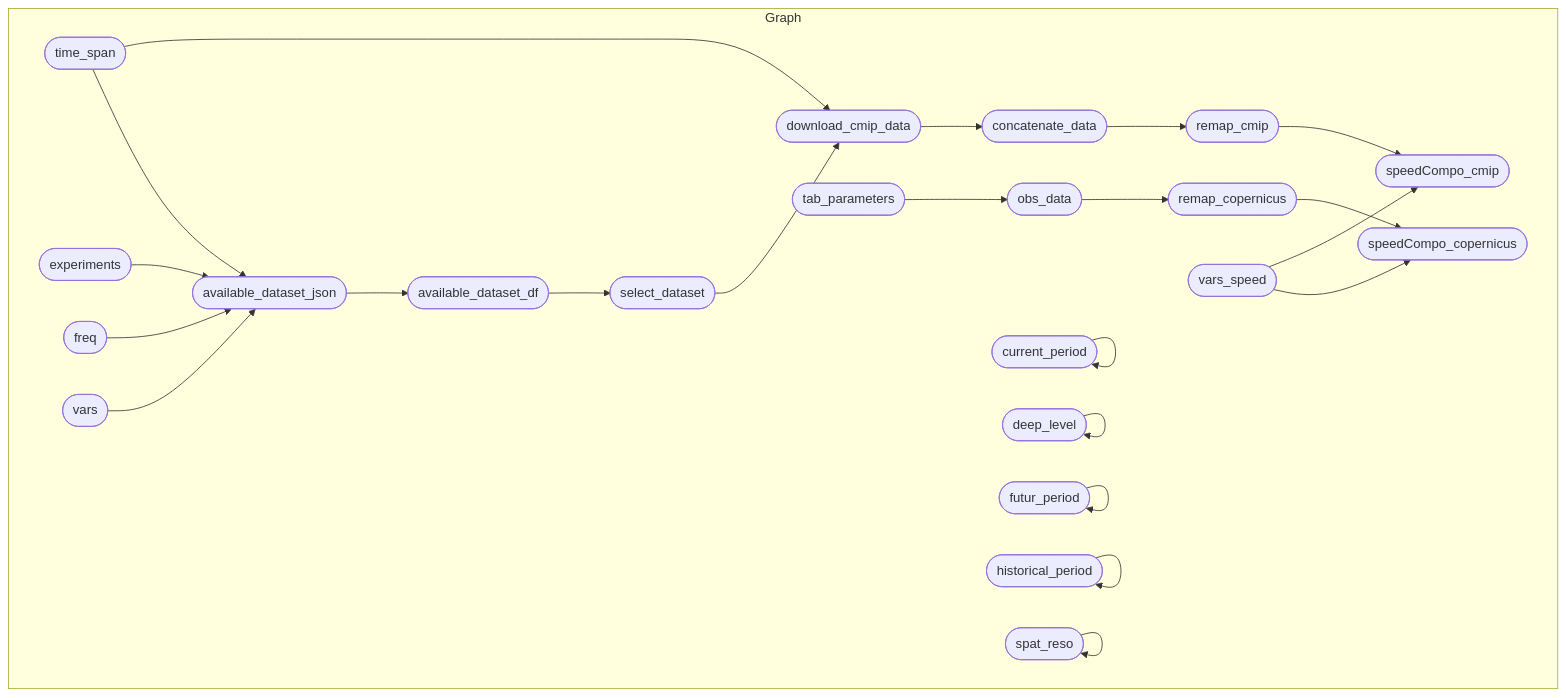
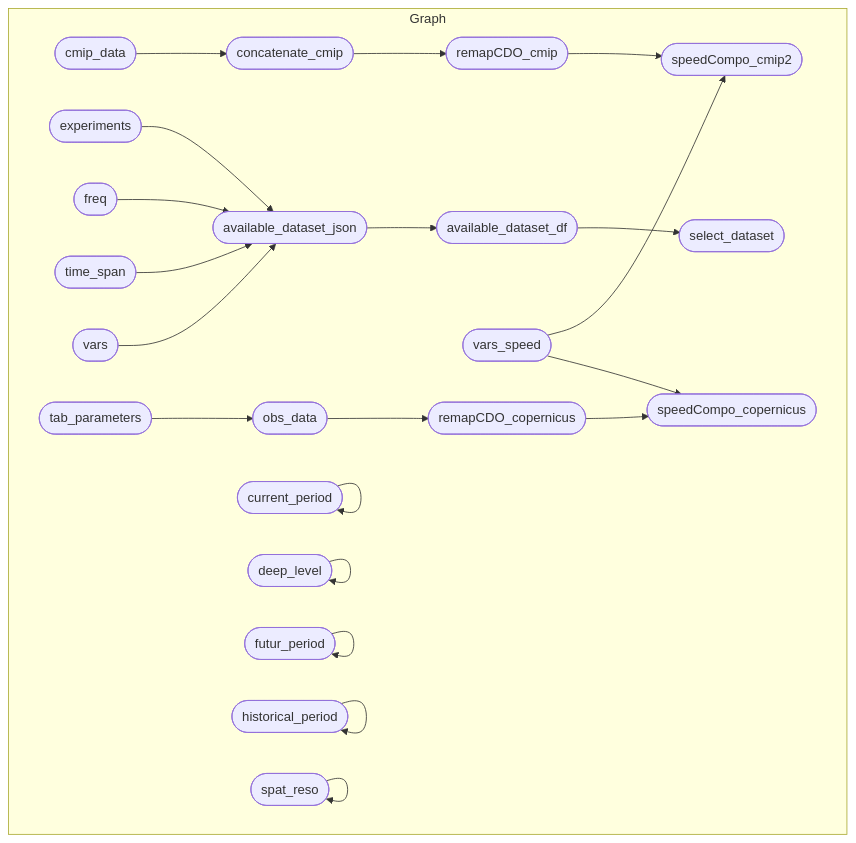
Before and after one commit to r-fernandezz/downshape: the diagram in README.md, drawn with Mermaid. The commit also changed other lines of this file and 3 other files, not shown here.

Commit message:
🐛 BUG: remap functions ready + debug speedCompo functions loading

````diff
--- a/README.md
+++ b/README.md
@@ -22,27 +22,25 @@
 ``` mermaid
 graph LR
   subgraph Graph
     direction LR
-    x3f5ab24ee8d242b4(["select_dataset"]):::uptodate --> xba5d8678b6176d68(["download_cmip_data"]):::errored
-    x2c0118dd07b06ac8(["time_span"]):::uptodate --> xba5d8678b6176d68(["download_cmip_data"]):::errored
     x6fcf9b0e7fc429ff(["available_dataset_json"]):::uptodate --> xe895740a9b7896f7(["available_dataset_df"]):::uptodate
-    xd7bca5ba4e5f539d(["obs_data"]):::uptodate --> xfe343bf7def0fc98(["remap_copernicus"]):::outdated
-    x96804873c73726bd(["concatenate_data"]):::outdated --> x89805fe5a461e372(["remap_cmip"]):::outdated
+    x4fe875b2492d0106(["concatenate_cmip"]):::uptodate --> xf4b49e2ba07661b1(["remapCDO_cmip"]):::uptodate
+    xd8e5f2013a341013(["cmip_data"]):::uptodate --> x4fe875b2492d0106(["concatenate_cmip"]):::uptodate
     xac02e5e58926353b(["experiments"]):::uptodate --> x6fcf9b0e7fc429ff(["available_dataset_json"]):::uptodate
     x906e78a8df9f52cb(["freq"]):::uptodate --> x6fcf9b0e7fc429ff(["available_dataset_json"]):::uptodate
     x2c0118dd07b06ac8(["time_span"]):::uptodate --> x6fcf9b0e7fc429ff(["available_dataset_json"]):::uptodate
     x8f15ec77b8dbd81a(["vars"]):::uptodate --> x6fcf9b0e7fc429ff(["available_dataset_json"]):::uptodate
-    x89805fe5a461e372(["remap_cmip"]):::outdated --> xe5de19f3be59da20(["speedCompo_cmip"]):::outdated
-    xca459201a27e8460(["vars_speed"]):::uptodate --> xe5de19f3be59da20(["speedCompo_cmip"]):::outdated
+    xf4b49e2ba07661b1(["remapCDO_cmip"]):::uptodate --> x0a3d6e672db943e2(["speedCompo_cmip2"]):::errored
+    xca459201a27e8460(["vars_speed"]):::uptodate --> x0a3d6e672db943e2(["speedCompo_cmip2"]):::errored
     xe895740a9b7896f7(["available_dataset_df"]):::uptodate --> x3f5ab24ee8d242b4(["select_dataset"]):::uptodate
-    xfe343bf7def0fc98(["remap_copernicus"]):::outdated --> xfc6ed28680e5db72(["speedCompo_copernicus"]):::outdated
-    xca459201a27e8460(["vars_speed"]):::uptodate --> xfc6ed28680e5db72(["speedCompo_copernicus"]):::outdated
-    xba5d8678b6176d68(["download_cmip_data"]):::errored --> x96804873c73726bd(["concatenate_data"]):::outdated
+    xd7bca5ba4e5f539d(["obs_data"]):::uptodate --> xec6283d15a25ed08(["remapCDO_copernicus"]):::uptodate
+    xec6283d15a25ed08(["remapCDO_copernicus"]):::uptodate --> xfc6ed28680e5db72(["speedCompo_copernicus"]):::uptodate
+    xca459201a27e8460(["vars_speed"]):::uptodate --> xfc6ed28680e5db72(["speedCompo_copernicus"]):::uptodate
     x4301c707c2ab0cdc(["tab_parameters"]):::uptodate --> xd7bca5ba4e5f539d(["obs_data"]):::uptodate
     x084994fb0e480676(["current_period"]):::uptodate --> x084994fb0e480676(["current_period"]):::uptodate
     x625f066a5f205ec8(["deep_level"]):::uptodate --> x625f066a5f205ec8(["deep_level"]):::uptodate
     xbce5cad1cf7e7103(["futur_period"]):::uptodate --> xbce5cad1cf7e7103(["futur_period"]):::uptodate
     x57dd1d5e854c11b6(["historical_period"]):::uptodate --> x57dd1d5e854c11b6(["historical_period"]):::uptodate
     xe73cbbcc20086ecd(["spat_reso"]):::uptodate --> xe73cbbcc20086ecd(["spat_reso"]):::uptodate
   end
 ```
````
